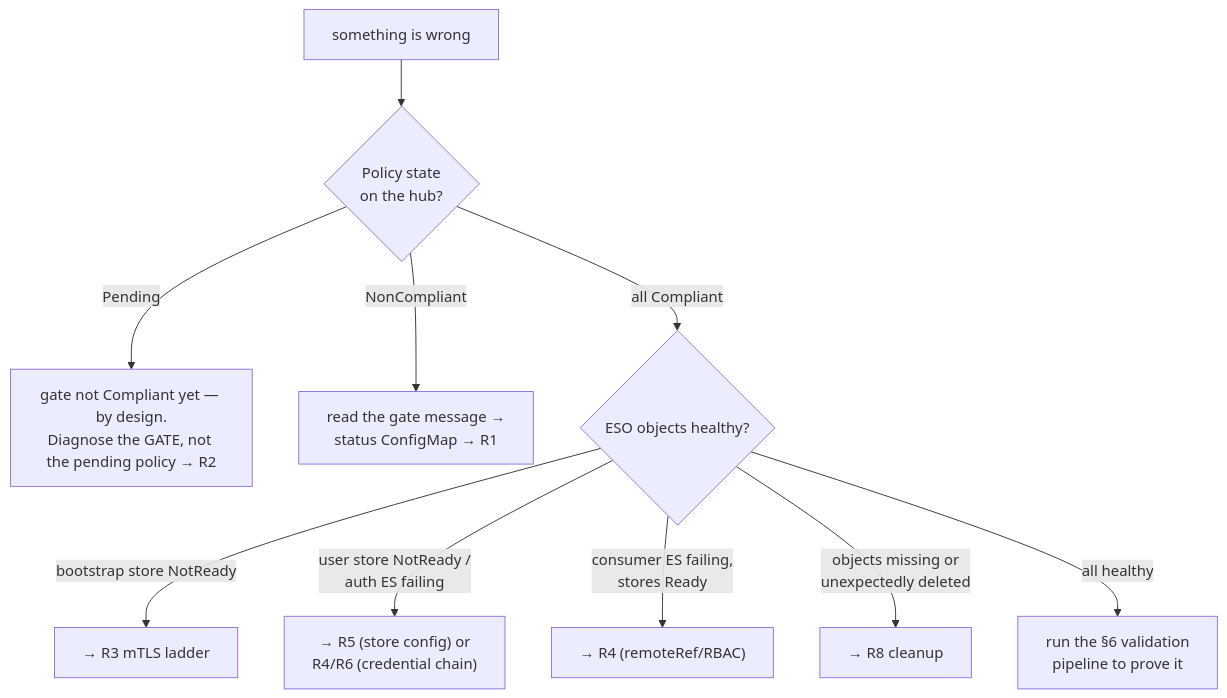
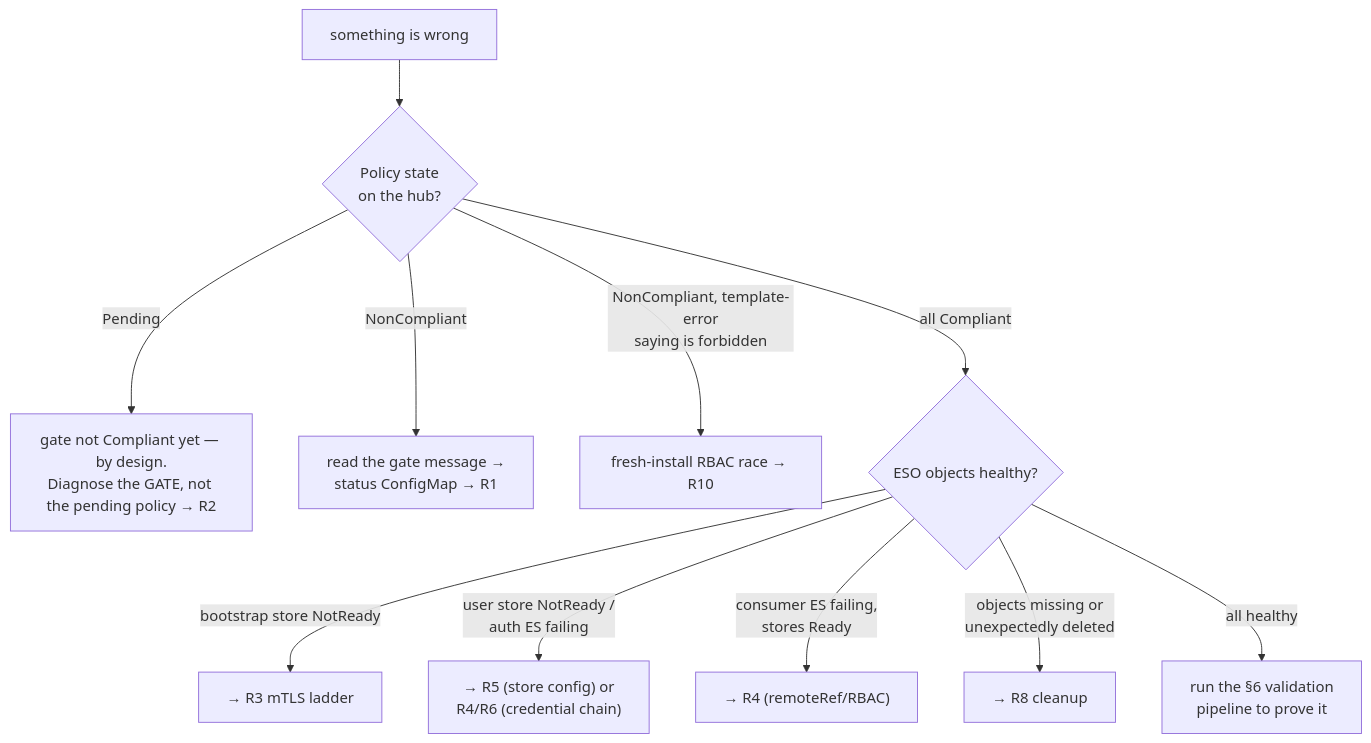
The second of 2 diagrams in policies/stable/external-secrets-operator/troubleshooting.md (auto-shift/autoshiftv2), drawn with Mermaid before and after one commit. The commit also changed other lines of this file and 2 other files, not shown here.

````diff
--- a/policies/stable/external-secrets-operator/troubleshooting.md
+++ b/policies/stable/external-secrets-operator/troubleshooting.md
@@ -146,12 +146,13 @@
 ```mermaid
 flowchart TB
   A[something is wrong] --> B{Policy state<br/>on the hub?}
   B -->|Pending| G1["gate not Compliant yet — by design.<br/>Diagnose the GATE, not the pending policy → R2"]
   B -->|NonCompliant| G2[read the gate message →<br/>status ConfigMap → R1]
+  B -->|"NonCompliant, template-error<br/>saying is forbidden"| R10["fresh-install RBAC race → R10"]
   B -->|all Compliant| C{ESO objects healthy?}
   C -->|"bootstrap store NotReady"| R3[→ R3 mTLS ladder]
   C -->|"user store NotReady /<br/>auth ES failing"| R45["→ R5 (store config) or<br/>R4/R6 (credential chain)"]
   C -->|"consumer ES failing,<br/>stores Ready"| R4["→ R4 (remoteRef/RBAC)"]
   C -->|objects missing or<br/>unexpectedly deleted| R8[→ R8 cleanup]
   C -->|all healthy| V[run the §6 validation<br/>pipeline to prove it]
 ```
````
